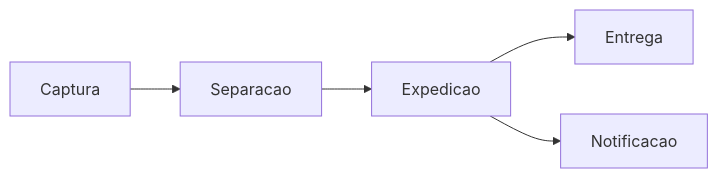
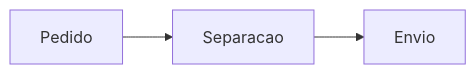
One commit to adriano-inf-br/markdown-editor-01 changed the diagram in exemplo-markdown-03.md. Above: the diagram before and after it, drawn with Mermaid. The commit also changed other lines of this file and 12 other files, not shown here.

````diff
--- a/exemplo-markdown-03.md
+++ b/exemplo-markdown-03.md
@@ -36,7 +35,5 @@
 ```mermaid
 flowchart LR
-    Captura --> Separacao
-    Separacao --> Expedicao
-    Expedicao --> Entrega
-    Expedicao --> Notificacao
+    Pedido --> Separacao
+    Separacao --> Envio
 ```
````
